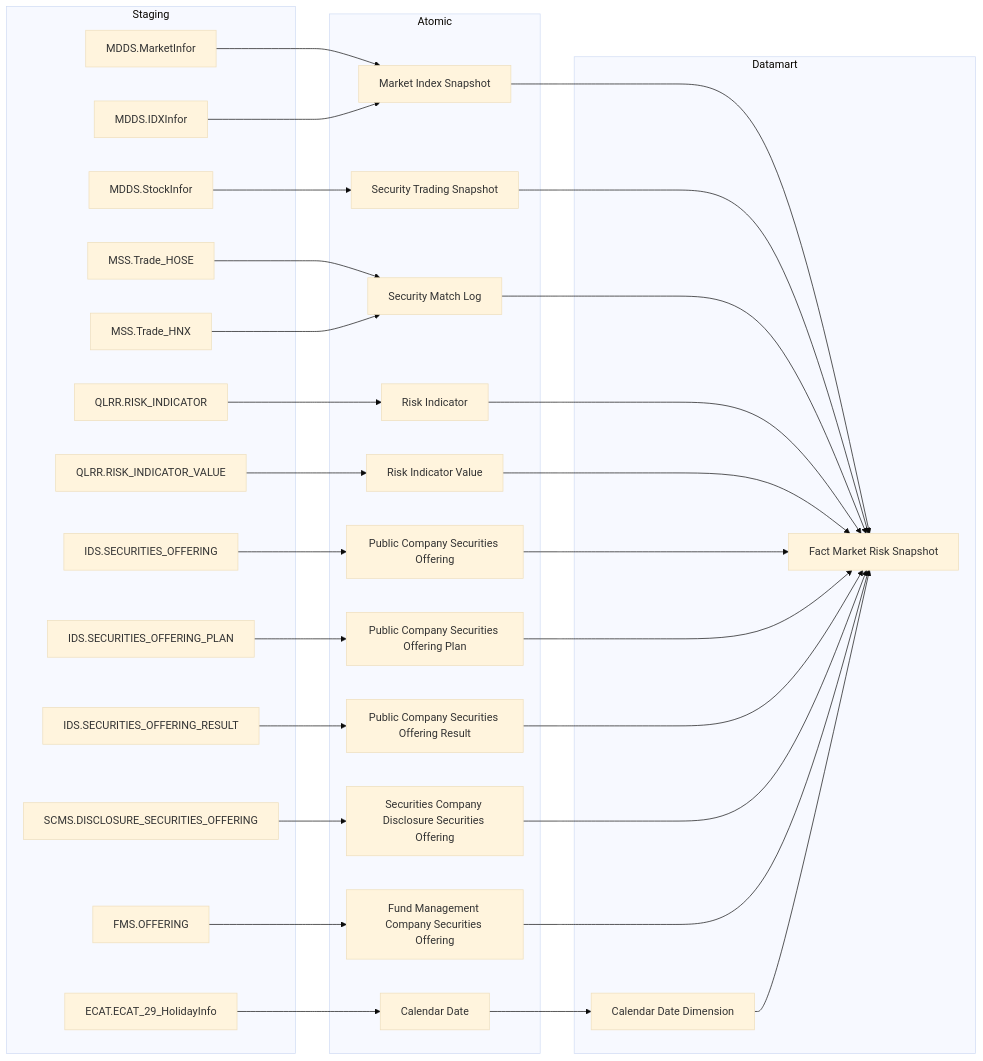
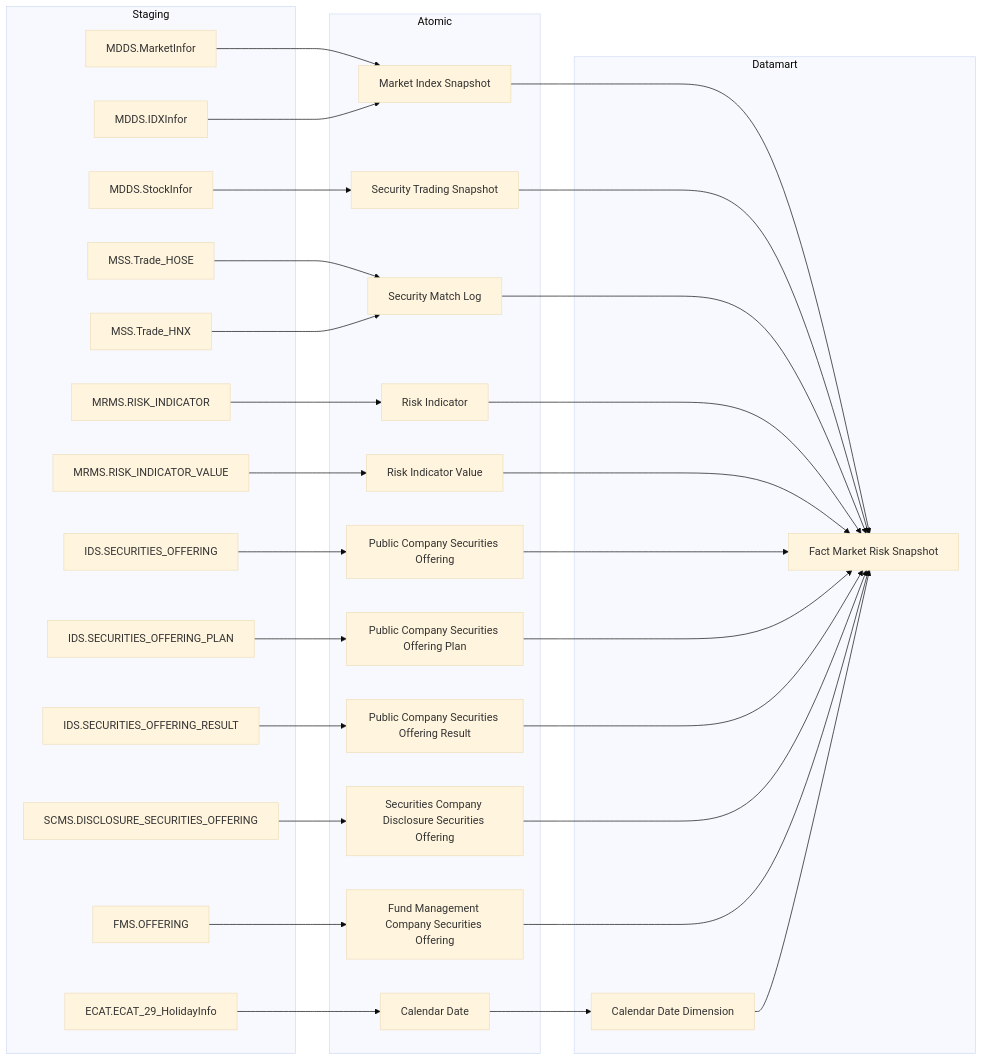
Before and after one commit to linhlvit/ubck_atomic_design: the first of 55 diagrams in Datamart/hld/DTM_PTTT_HLD.md, drawn with Mermaid (base theme). The commit also changed other lines of this file and 145 other files, not shown here.

````diff
--- a/Datamart/hld/DTM_PTTT_HLD.md
+++ b/Datamart/hld/DTM_PTTT_HLD.md
@@ -9,60 +9,60 @@
 ```mermaid
 flowchart LR
     subgraph SRC["Staging"]
         MDDS_MarketInfor["MDDS.MarketInfor"]
         MDDS_StockInfor["MDDS.StockInfor"]
         MDDS_IDXInfor["MDDS.IDXInfor"]
         MSS_Trade_HOSE["MSS.Trade_HOSE"]
         MSS_Trade_HNX["MSS.Trade_HNX"]
-        QLRR_RISK_INDICATOR["QLRR.RISK_INDICATOR"]
-        QLRR_RISK_INDICATOR_VALUE["QLRR.RISK_INDICATOR_VALUE"]
+        MRMS_RISK_INDICATOR["MRMS.RISK_INDICATOR"]
+        MRMS_RISK_INDICATOR_VALUE["MRMS.RISK_INDICATOR_VALUE"]
         IDS_SECURITIES_OFFERING["IDS.SECURITIES_OFFERING"]
         IDS_SECURITIES_OFFERING_PLAN["IDS.SECURITIES_OFFERING_PLAN"]
         IDS_SECURITIES_OFFERING_RESULT["IDS.SECURITIES_OFFERING_RESULT"]
         SCMS_DISCLOSURE_SECURITIES_OFFERING["SCMS.DISCLOSURE_SECURITIES_OFFERING"]
         FMS_OFFERING["FMS.OFFERING"]
         ECAT_ECAT_29_HolidayInfo["ECAT.ECAT_29_HolidayInfo"]
     end
     subgraph SIL["Atomic"]
         Market_Index_Snapshot["Market Index Snapshot"]
         Security_Trading_Snapshot["Security Trading Snapshot"]
         Security_Match_Log["Security Match Log"]
         Risk_Indicator["Risk Indicator"]
         Risk_Indicator_Value["Risk Indicator Value"]
         Public_Company_Securities_Offering["Public Company Securities Offering"]
         Public_Company_Securities_Offering_Plan["Public Company Securities Offering Plan"]
         Public_Company_Securities_Offering_Result["Public Company Securities Offering Result"]
         Securities_Company_Disclosure_Securities_Offering["Securities Company Disclosure Securities Offering"]
         Fund_Management_Company_Securities_Offering["Fund Management Company Securities Offering"]
         Calendar_Date["Calendar Date"]
     end
     subgraph GOLD["Datamart"]
         fct_market_risk_snpst["Fact Market Risk Snapshot"]
         cdr_dt_dim["Calendar Date Dimension"]
     end
     MDDS_MarketInfor --> Market_Index_Snapshot
     MDDS_IDXInfor --> Market_Index_Snapshot
     MDDS_StockInfor --> Security_Trading_Snapshot
     MSS_Trade_HOSE --> Security_Match_Log
     MSS_Trade_HNX --> Security_Match_Log
-    QLRR_RISK_INDICATOR --> Risk_Indicator
-    QLRR_RISK_INDICATOR_VALUE --> Risk_Indicator_Value
+    MRMS_RISK_INDICATOR --> Risk_Indicator
+    MRMS_RISK_INDICATOR_VALUE --> Risk_Indicator_Value
     IDS_SECURITIES_OFFERING --> Public_Company_Securities_Offering
     IDS_SECURITIES_OFFERING_PLAN --> Public_Company_Securities_Offering_Plan
     IDS_SECURITIES_OFFERING_RESULT --> Public_Company_Securities_Offering_Result
     SCMS_DISCLOSURE_SECURITIES_OFFERING --> Securities_Company_Disclosure_Securities_Offering
     FMS_OFFERING --> Fund_Management_Company_Securities_Offering
     ECAT_ECAT_29_HolidayInfo --> Calendar_Date
     Market_Index_Snapshot --> fct_market_risk_snpst
     Security_Trading_Snapshot --> fct_market_risk_snpst
     Security_Match_Log --> fct_market_risk_snpst
     Risk_Indicator --> fct_market_risk_snpst
     Risk_Indicator_Value --> fct_market_risk_snpst
     Public_Company_Securities_Offering --> fct_market_risk_snpst
     Public_Company_Securities_Offering_Plan --> fct_market_risk_snpst
     Public_Company_Securities_Offering_Result --> fct_market_risk_snpst
     Securities_Company_Disclosure_Securities_Offering --> fct_market_risk_snpst
     Fund_Management_Company_Securities_Offering --> fct_market_risk_snpst
     Calendar_Date --> cdr_dt_dim
     cdr_dt_dim --> fct_market_risk_snpst
 ```
````
